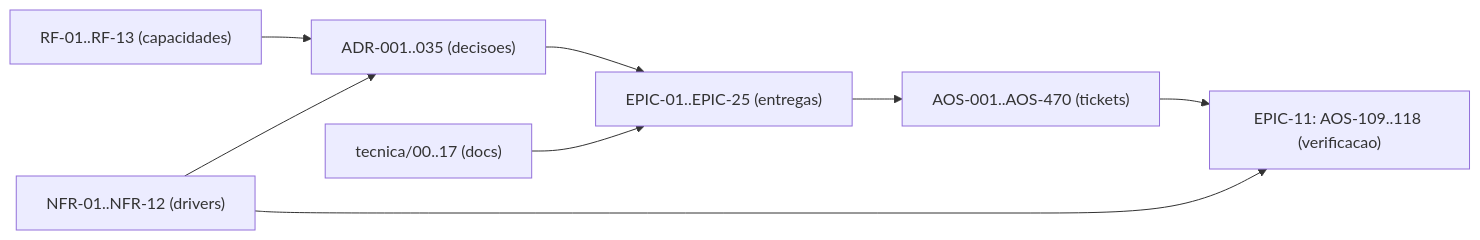
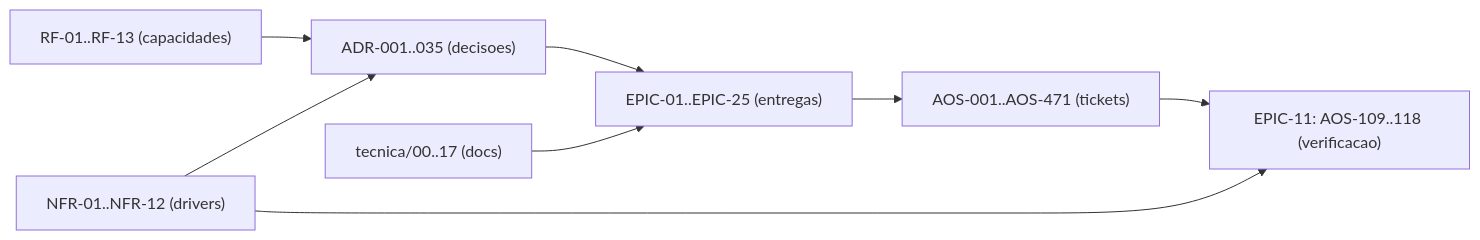
Before and after one commit to albinoJimy/aos: the diagram in tecnica/16_Rastreabilidade_RTM.md, drawn with Mermaid. The commit also changed other lines of this file and 5 other files, not shown here.

````diff
--- a/tecnica/16_Rastreabilidade_RTM.md
+++ b/tecnica/16_Rastreabilidade_RTM.md
@@ -201,10 +201,10 @@
 ```mermaid
 flowchart LR
     RF["RF-01..RF-13 (capacidades)"] --> ADR["ADR-001..035 (decisoes)"]
     NFR["NFR-01..NFR-12 (drivers)"] --> ADR
     ADR --> EPIC["EPIC-01..EPIC-25 (entregas)"]
-    EPIC --> TICK["AOS-001..AOS-470 (tickets)"]
+    EPIC --> TICK["AOS-001..AOS-471 (tickets)"]
     DOC["tecnica/00..17 (docs)"] --> EPIC
     TICK --> TEST["EPIC-11: AOS-109..118 (verificacao)"]
     NFR --> TEST
 ```
````
